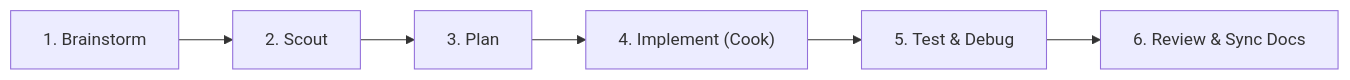
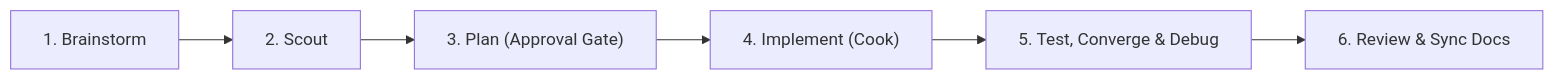
One commit to truong-newbie/Agent_Kit_Impl changed the second of 2 diagrams in README.md. Above: the diagram before and after it, drawn with Mermaid. The commit also changed other lines of this file and 43 other files, not shown here.

Commit message:
feat(engineer): add converge analysis, constitution gate, project overrides, MCP hints, and agy alias

````diff
--- a/README.md
+++ b/README.md
@@ -155,8 +155,8 @@
 ```mermaid
 flowchart LR
     A["1. Brainstorm"] --> B["2. Scout"]
-    B --> C["3. Plan"]
+    B --> C["3. Plan (Approval Gate)"]
     C --> D["4. Implement (Cook)"]
-    D --> E["5. Test & Debug"]
+    D --> E["5. Test, Converge & Debug"]
     E --> F["6. Review & Sync Docs"]
 ```
````
